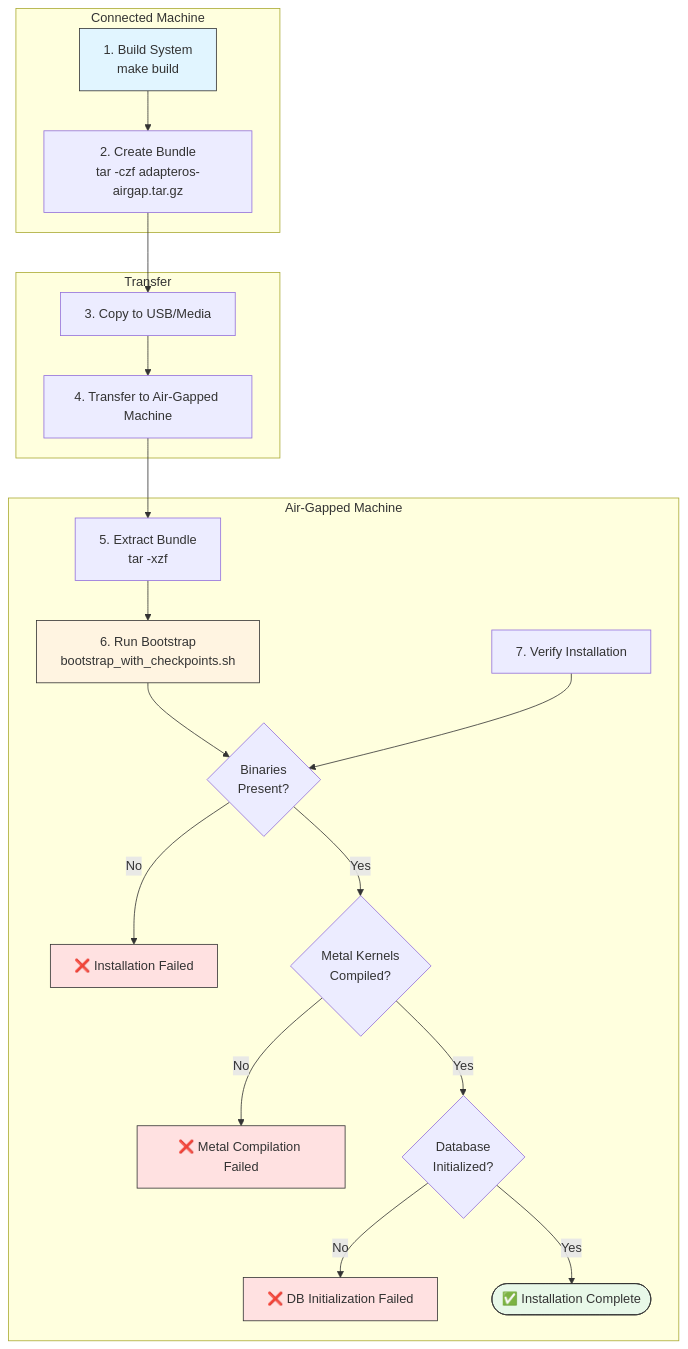
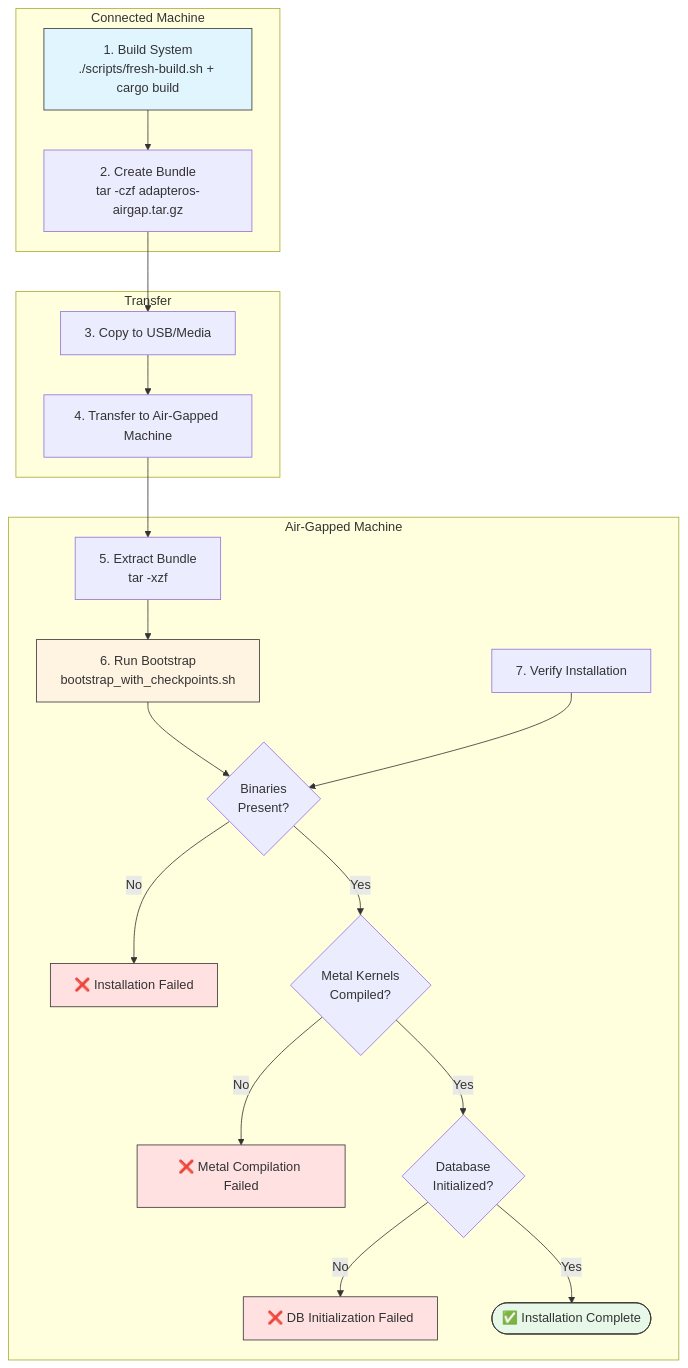
Before and after one commit to rogu3bear/adapter-os: the third of 3 diagrams in docs/DEPLOYMENT.md, drawn with Mermaid. The commit also changed other lines of this file and 57 other files, not shown here.

````diff
--- a/docs/DEPLOYMENT.md
+++ b/docs/DEPLOYMENT.md
@@ -677,42 +679,42 @@
 ```mermaid
 flowchart TD
     subgraph Connected[Connected Machine]
-        Build[1. Build System<br/>make build]
+        Build[1. Build System<br/>./scripts/fresh-build.sh + cargo build]
         Bundle[2. Create Bundle<br/>tar -czf adapteros-airgap.tar.gz]
 
         Build --> Bundle
     end
 
     subgraph Transfer[Transfer]
         Bundle --> Media[3. Copy to USB/Media]
         Media --> AirGap[4. Transfer to Air-Gapped Machine]
     end
 
     subgraph AirGapped[Air-Gapped Machine]
         Extract[5. Extract Bundle<br/>tar -xzf]
         Bootstrap[6. Run Bootstrap<br/>bootstrap_with_checkpoints.sh]
         Verify[7. Verify Installation]
 
         AirGap --> Extract
         Extract --> Bootstrap
 
         Bootstrap --> CheckBin{Binaries<br/>Present?}
         CheckBin -->|No| Fail1[❌ Installation Failed]
         CheckBin -->|Yes| CheckMetal{Metal Kernels<br/>Compiled?}
 
         CheckMetal -->|No| Fail2[❌ Metal Compilation Failed]
         CheckMetal -->|Yes| CheckDB{Database<br/>Initialized?}
 
         CheckDB -->|No| Fail3[❌ DB Initialization Failed]
         CheckDB -->|Yes| Success([✅ Installation Complete])
 
         Verify --> CheckBin
     end
 
     style Build fill:#e1f5ff,stroke:#333
     style Bootstrap fill:#fff4e1,stroke:#333
     style Success fill:#e8f8e8,stroke:#333
     style Fail1 fill:#ffe1e1,stroke:#333
     style Fail2 fill:#ffe1e1,stroke:#333
     style Fail3 fill:#ffe1e1,stroke:#333
 ```
````
